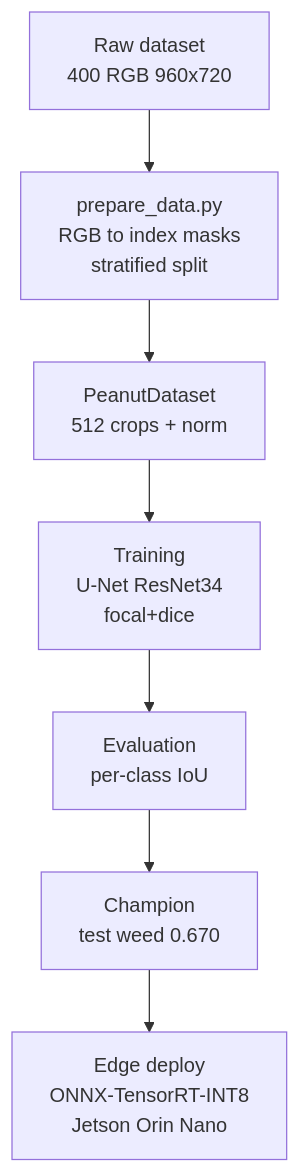
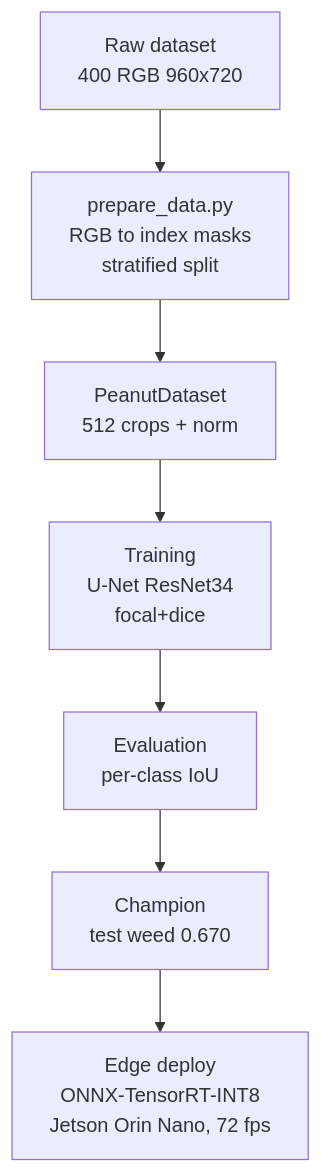
One commit to alexmnz29/cropweed-seg changed the first of 2 diagrams in README.md. Above: the diagram before and after it, drawn with Mermaid. The commit also changed other lines of this file and 14 other files, not shown here.

````diff
--- a/README.md
+++ b/README.md
@@ -14,9 +15,9 @@
 ```mermaid
 flowchart TD
     A[Raw dataset<br>400 RGB 960x720] --> B[prepare_data.py<br>RGB to index masks<br>stratified split]
     B --> C[PeanutDataset<br>512 crops + norm]
     C --> D[Training<br>U-Net ResNet34<br>focal+dice]
     D --> E[Evaluation<br>per-class IoU]
     E --> F[Champion<br>test weed 0.670]
-    F --> G[Edge deploy<br>ONNX-TensorRT-INT8<br>Jetson Orin Nano]
+    F --> G[Edge deploy<br>ONNX-TensorRT-INT8<br>Jetson Orin Nano, 72 fps]
 ```
````
